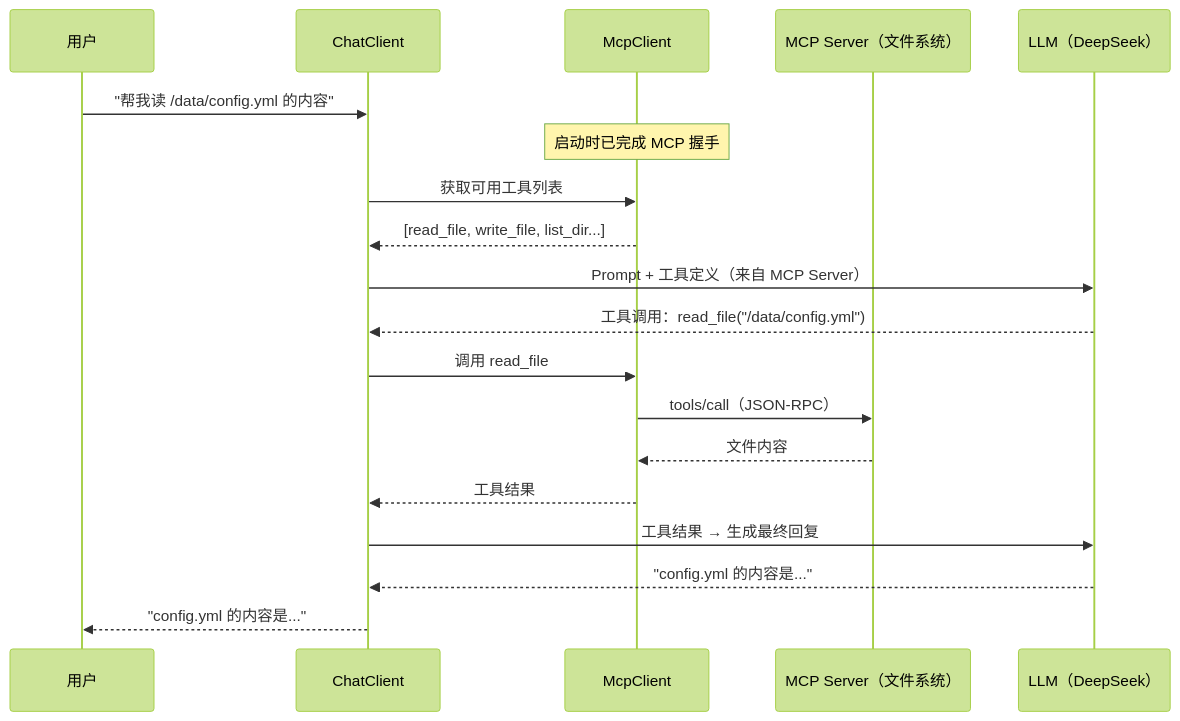
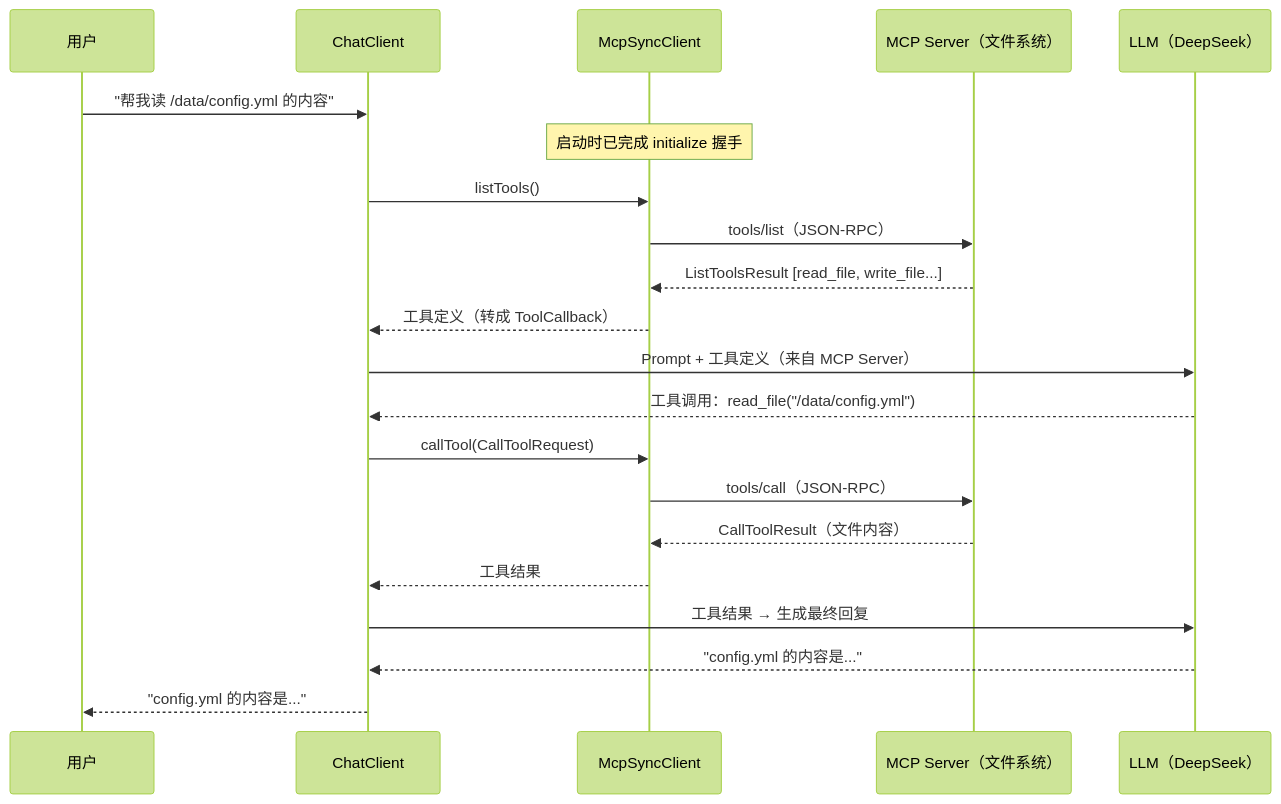
One commit to UranusGit/java-agent-learn changed the sixth of 10 diagrams in docs/教程/11-MCP协议.md. Above: the diagram before and after it, drawn with Mermaid (forest theme). The commit also changed other lines of this file and 244 other files, not shown here.

````diff
--- a/docs/教程/11-MCP协议.md
+++ b/docs/教程/11-MCP协议.md
@@ -240,26 +293,28 @@
 ```mermaid
 sequenceDiagram
     participant U as 用户
     participant CC as ChatClient
-    participant MC as McpClient
+    participant MC as McpSyncClient
     participant MS as MCP Server（文件系统）
     participant L as LLM（DeepSeek）
 
     U->>CC: "帮我读 /data/config.yml 的内容"
-    
-    Note over MC: 启动时已完成 MCP 握手
-    CC->>MC: 获取可用工具列表
-    MC-->>CC: [read_file, write_file, list_dir...]
+
+    Note over MC: 启动时已完成 initialize 握手
+    CC->>MC: listTools()
+    MC->>MS: tools/list（JSON-RPC）
+    MS-->>MC: ListToolsResult [read_file, write_file...]
+    MC-->>CC: 工具定义（转成 ToolCallback）
 
     CC->>L: Prompt + 工具定义（来自 MCP Server）
     L-->>CC: 工具调用：read_file("/data/config.yml")
-    
-    CC->>MC: 调用 read_file
+
+    CC->>MC: callTool(CallToolRequest)
     MC->>MS: tools/call（JSON-RPC）
-    MS-->>MC: 文件内容
+    MS-->>MC: CallToolResult（文件内容）
     MC-->>CC: 工具结果
-    
+
     CC->>L: 工具结果 → 生成最终回复
     L-->>CC: "config.yml 的内容是..."
     CC-->>U: "config.yml 的内容是..."
 ```
````
